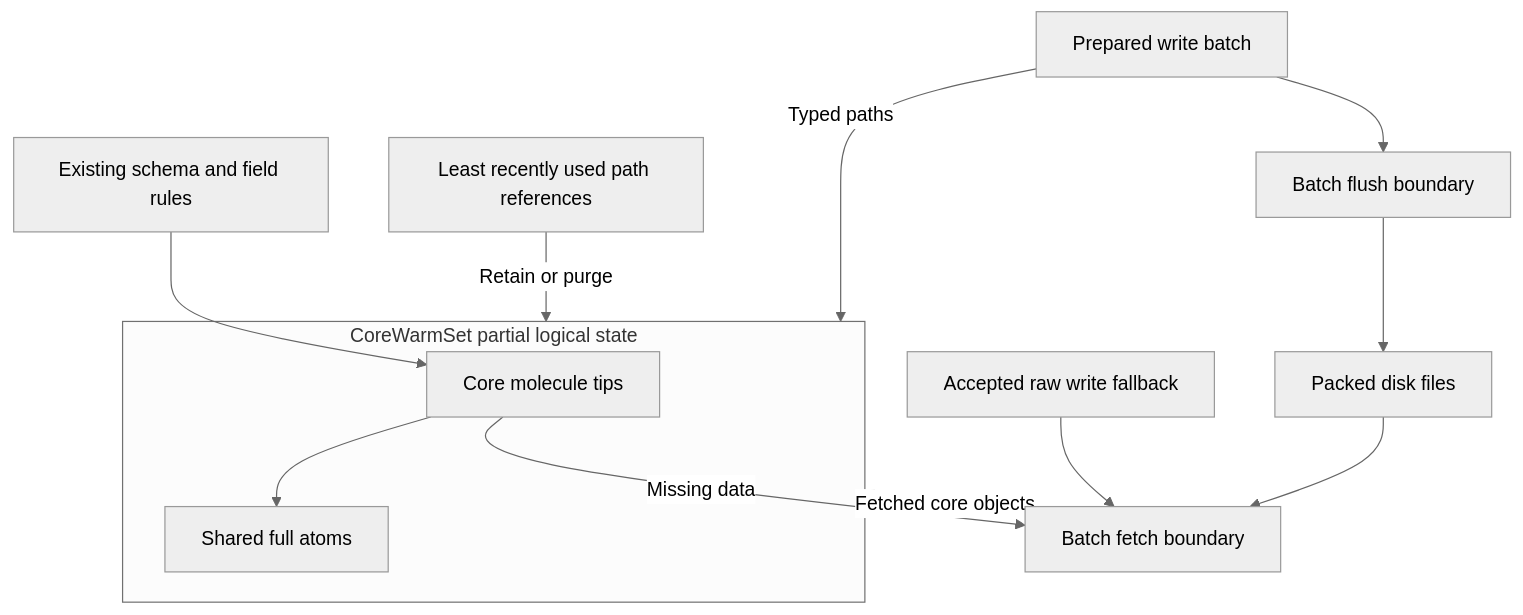
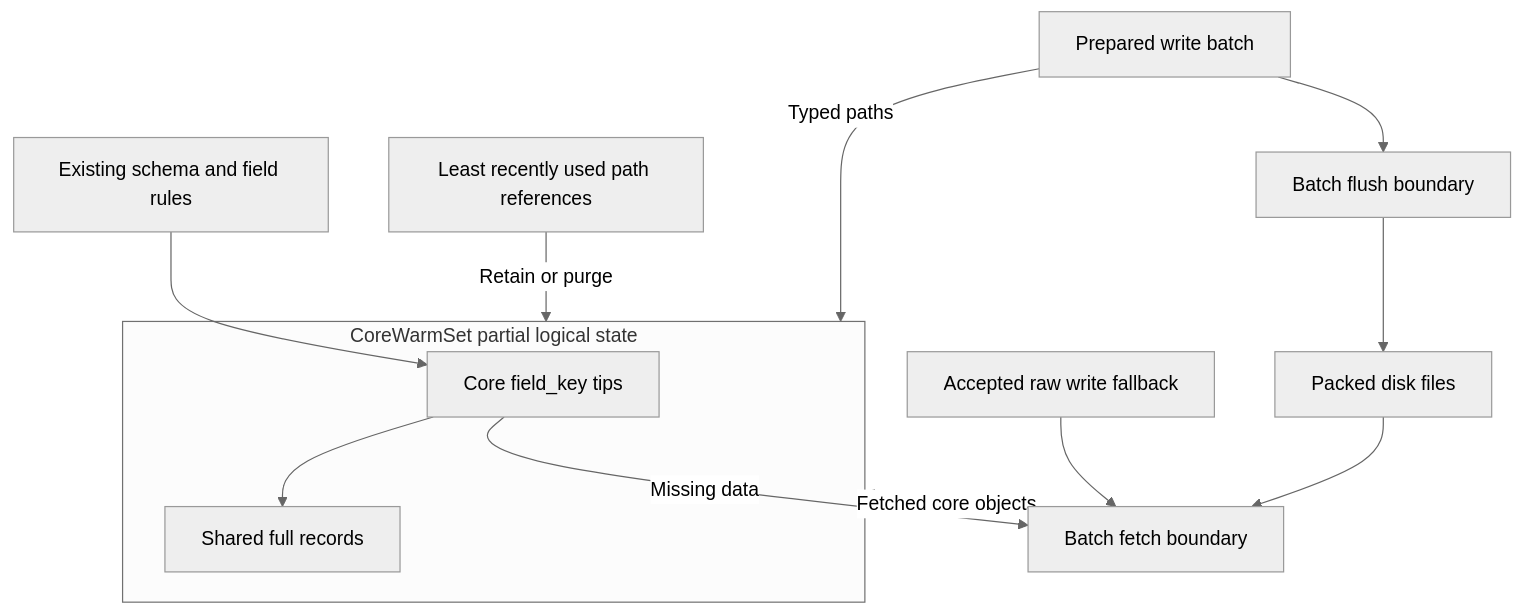
Before and after one commit to EdgeVector/lastdb: the diagram in docs/lastdb-core-model-warm-spike.md, drawn with Mermaid (neutral theme). The commit also changed other lines of this file and 485 other files, not shown here.

````diff
--- a/docs/lastdb-core-model-warm-spike.md
+++ b/docs/lastdb-core-model-warm-spike.md
@@ -29,15 +28,15 @@
 ```mermaid
 flowchart TD
     R[Existing schema and field rules] --> M
     subgraph C[CoreWarmSet partial logical state]
-        M[Core molecule tips] --> A[Shared full atoms]
+        M[Core field_key tips] --> A[Shared full records]
     end
     L[Least recently used path references] -->|Retain or purge| C
     M -->|Missing data| B[Batch fetch boundary]
     W[Accepted raw write fallback] --> B
     D[Packed disk files] --> B
     B -->|Fetched core objects| C
     P[Prepared write batch] -->|Typed paths| C
     P --> F[Batch flush boundary]
     F --> D
 ```
````
